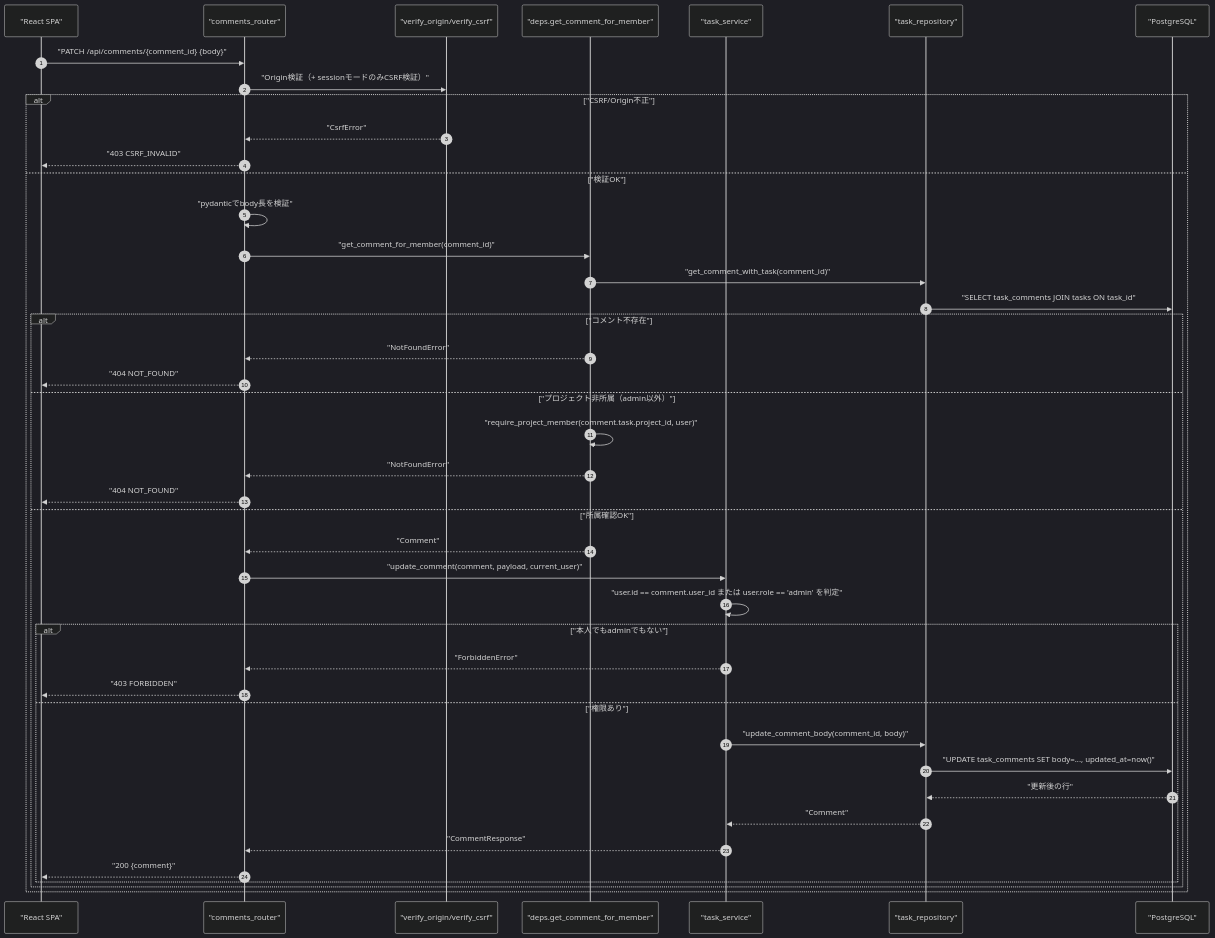
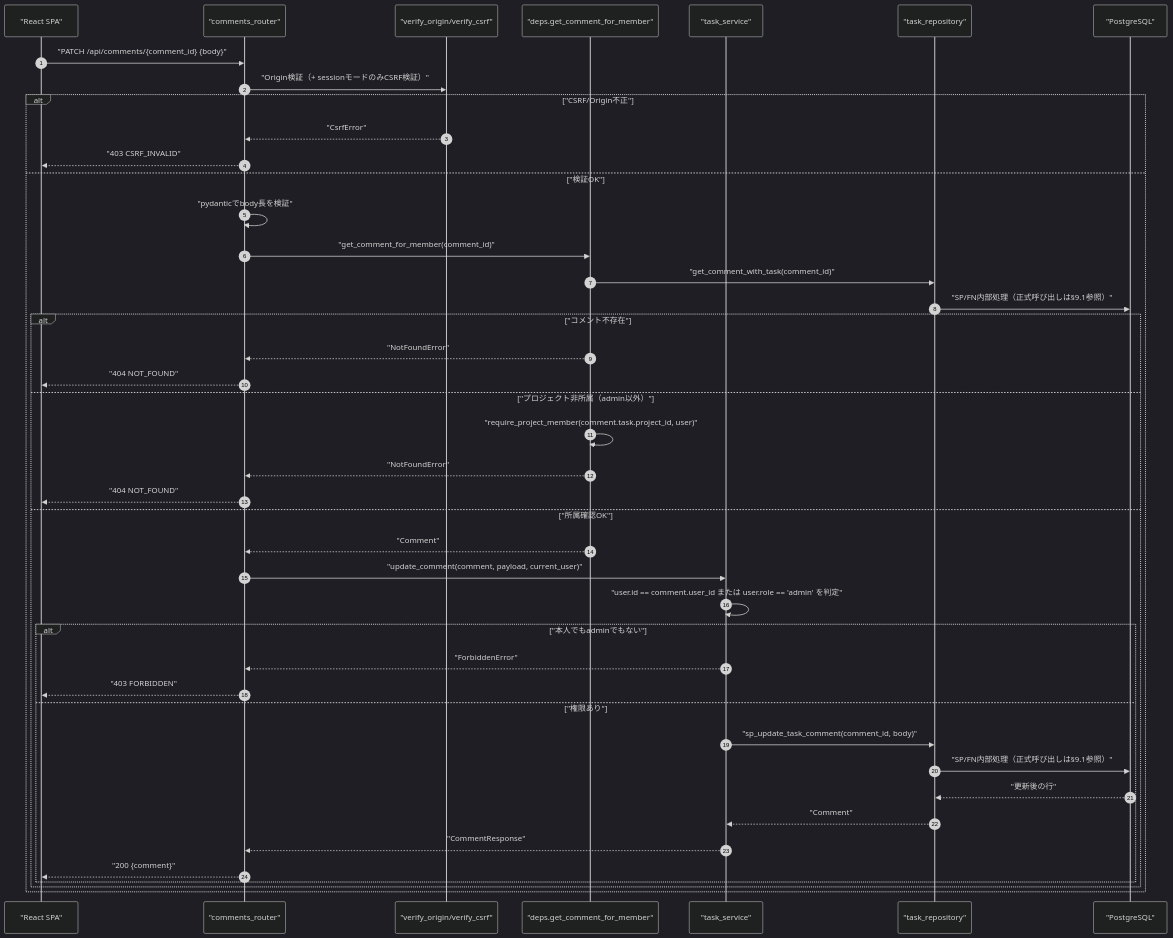
One commit to oikawa-d/task_management changed the first of 4 diagrams in detailed_design/api/tasks/08_patch_comment.md. Above: the diagram before and after it, drawn with Mermaid (dark theme). The commit also changed other lines of this file and 58 other files, not shown here.

````diff
--- a/detailed_design/api/tasks/08_patch_comment.md
+++ b/detailed_design/api/tasks/08_patch_comment.md
@@ -97,46 +97,46 @@
 ```mermaid
 sequenceDiagram
     autonumber
     participant FE as "React SPA"
     participant R as "comments_router"
     participant V as "verify_origin/verify_csrf"
     participant D as "deps.get_comment_for_member"
     participant S as "task_service"
     participant TR as "task_repository"
     participant PG as "PostgreSQL"
 
     FE->>R: "PATCH /api/comments/{comment_id} {body}"
     R->>V: "Origin検証（+ sessionモードのみCSRF検証）"
     alt "CSRF/Origin不正"
         V-->>R: "CsrfError"
         R-->>FE: "403 CSRF_INVALID"
     else "検証OK"
         R->>R: "pydanticでbody長を検証"
         R->>D: "get_comment_for_member(comment_id)"
         D->>TR: "get_comment_with_task(comment_id)"
-        TR->>PG: "SELECT task_comments JOIN tasks ON task_id"
+        TR->>PG: "SP/FN内部処理（正式呼び出しは§9.1参照）"
         alt "コメント不存在"
             D-->>R: "NotFoundError"
             R-->>FE: "404 NOT_FOUND"
         else "プロジェクト非所属（admin以外）"
             D->>D: "require_project_member(comment.task.project_id, user)"
             D-->>R: "NotFoundError"
             R-->>FE: "404 NOT_FOUND"
         else "所属確認OK"
             D-->>R: "Comment"
             R->>S: "update_comment(comment, payload, current_user)"
             S->>S: "user.id == comment.user_id または user.role == 'admin' を判定"
             alt "本人でもadminでもない"
                 S-->>R: "ForbiddenError"
                 R-->>FE: "403 FORBIDDEN"
             else "権限あり"
-                S->>TR: "update_comment_body(comment_id, body)"
-                TR->>PG: "UPDATE task_comments SET body=..., updated_at=now()"
+                S->>TR: "sp_update_task_comment(comment_id, body)"
+                TR->>PG: "SP/FN内部処理（正式呼び出しは§9.1参照）"
                 PG-->>TR: "更新後の行"
                 TR-->>S: "Comment"
                 S-->>R: "CommentResponse"
                 R-->>FE: "200 {comment}"
             end
         end
     end
 ```
````
